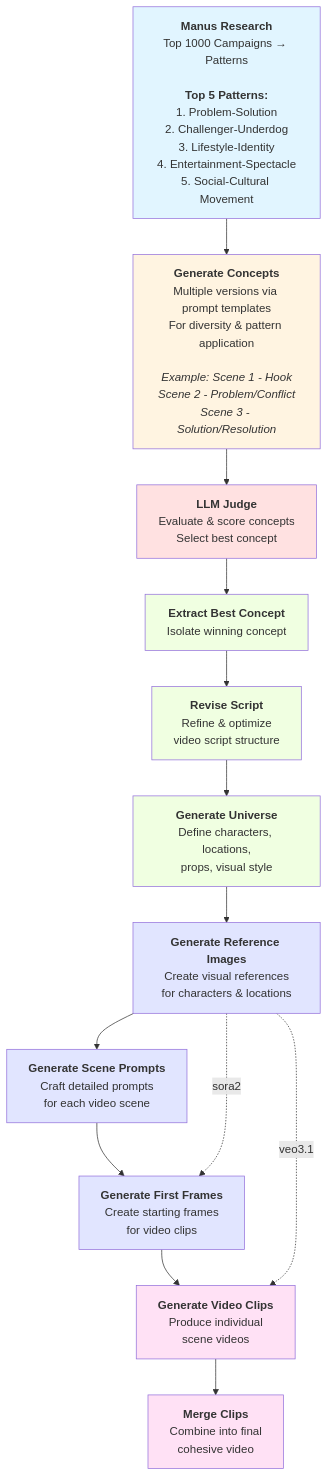
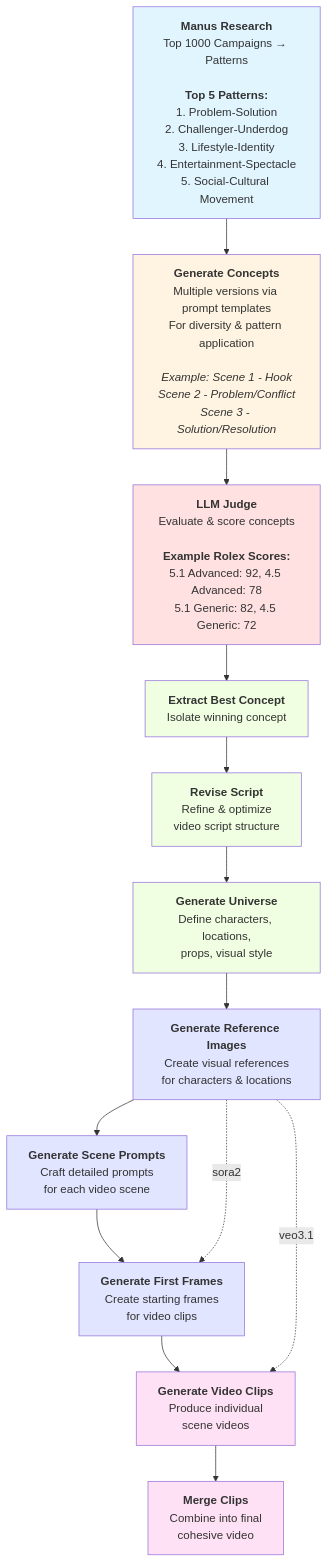
Before and after one commit to karinje/video-pipeline-python: the diagram in PIPELINE_ARCHITECTURE.md, drawn with Mermaid.

Commit message:
Add Rolex evaluation scores to LLM Judge box

````diff
--- a/PIPELINE_ARCHITECTURE.md
+++ b/PIPELINE_ARCHITECTURE.md
@@ -7,41 +7,41 @@
 ```mermaid
 flowchart TD
     A["<b>Manus Research</b><br/>Top 1000 Campaigns → Patterns<br/><br/><b>Top 5 Patterns:</b><br/>1. Problem-Solution<br/>2. Challenger-Underdog<br/>3. Lifestyle-Identity<br/>4. Entertainment-Spectacle<br/>5. Social-Cultural Movement"] --> B
     
     B["<b>Generate Concepts</b><br/>Multiple versions via prompt templates<br/>For diversity & pattern application<br/><br/><i>Example: Scene 1 - Hook</i><br/><i>Scene 2 - Problem/Conflict</i><br/><i>Scene 3 - Solution/Resolution</i>"] --> C
     
-    C["<b>LLM Judge</b><br/>Evaluate & score concepts<br/>Select best concept"] --> D
+    C["<b>LLM Judge</b><br/>Evaluate & score concepts<br/><br/><b>Example Rolex Scores:</b><br/>5.1 Advanced: 92, 4.5 Advanced: 78<br/>5.1 Generic: 82, 4.5 Generic: 72"] --> D
     
     D["<b>Extract Best Concept</b><br/>Isolate winning concept"] --> E
     
     E["<b>Revise Script</b><br/>Refine & optimize<br/>video script structure"] --> F
     
     F["<b>Generate Universe</b><br/>Define characters, locations,<br/>props, visual style"] --> G
     
     G["<b>Generate Reference Images</b><br/>Create visual references<br/>for characters & locations"] --> H
     
     H["<b>Generate Scene Prompts</b><br/>Craft detailed prompts<br/>for each video scene"] --> I
     
     I["<b>Generate First Frames</b><br/>Create starting frames<br/>for video clips"] --> J
     
     J["<b>Generate Video Clips</b><br/>Produce individual<br/>scene videos"] --> K
     
     K["<b>Merge Clips</b><br/>Combine into final<br/>cohesive video"]
     
     G -.->|sora2| I
     G -.->|veo3.1| J
     
     click B "https://github.com/karinje/video-pipeline-python/blob/main/s1_generate_concepts/inputs/prompt_templates/advanced_structured.md" "View Advanced Prompt Template"
     
     style A fill:#e1f5ff
     style B fill:#fff4e1
     style C fill:#ffe1e1
     style D fill:#f0ffe1
     style E fill:#f0ffe1
     style F fill:#f0ffe1
     style G fill:#e1e5ff
     style H fill:#e1e5ff
     style I fill:#e1e5ff
     style J fill:#ffe1f5
     style K fill:#ffe1f5
 ```
````
